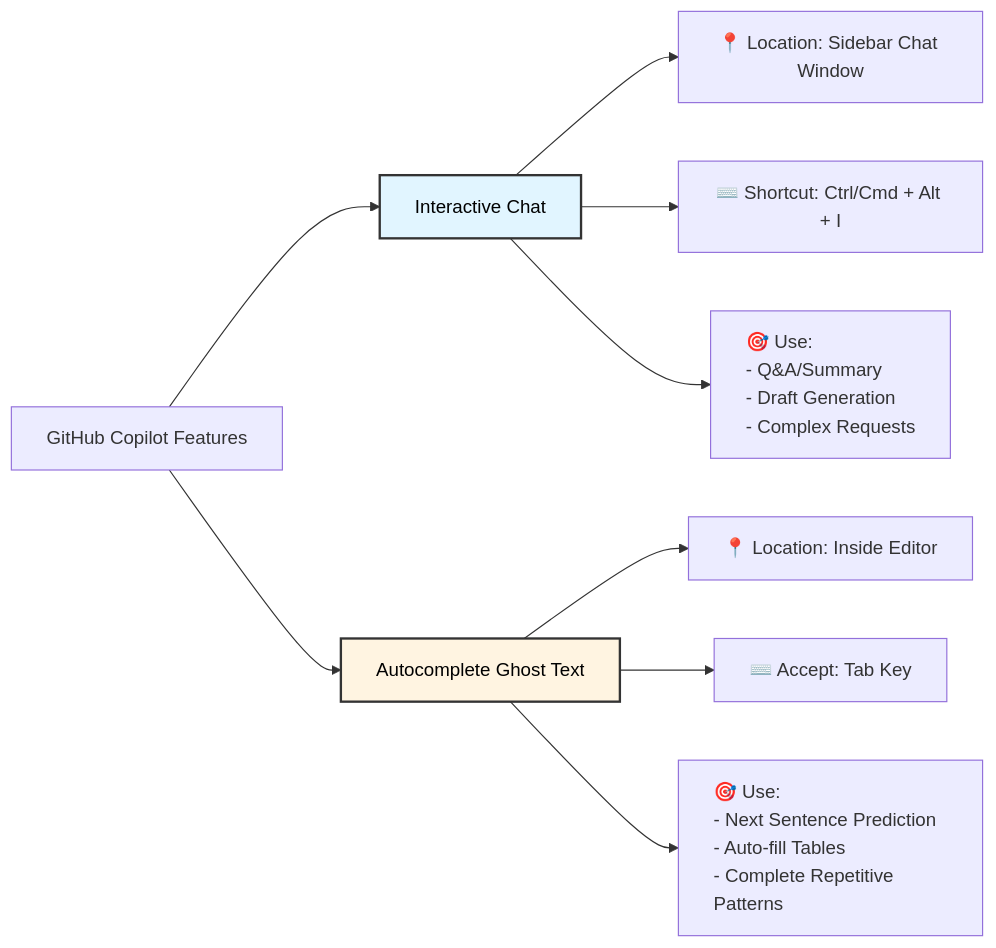
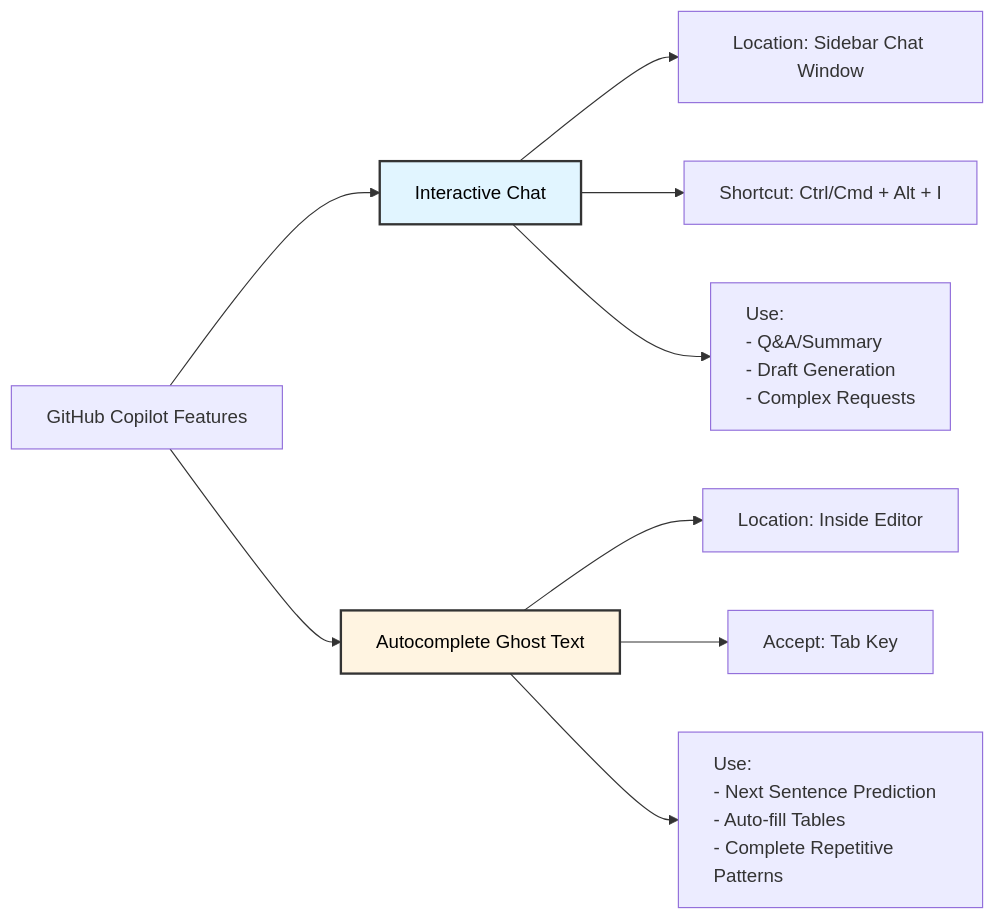
The eighth of 18 diagrams in docs/admin/en/index.md (seo-jinseok/GitHub-Copilot-Guide), drawn with Mermaid before and after one commit. The commit also changed other lines of this file and 7 other files, not shown here.

````diff
--- a/docs/admin/en/index.md
+++ b/docs/admin/en/index.md
@@ -480,18 +480,18 @@
 ```mermaid
 graph LR
     A[GitHub Copilot Features] --> B[Interactive Chat]
     A --> C[Autocomplete Ghost Text]
     
-    B --> B1["📍 Location: Sidebar Chat Window"]
-    B --> B2["⌨️ Shortcut: Ctrl/Cmd + Alt + I"]
-    B --> B3["🎯 Use:<br/>- Q&A/Summary<br/>- Draft Generation<br/>- Complex Requests"]
+    B --> B1["Location: Sidebar Chat Window"]
+    B --> B2["Shortcut: Ctrl/Cmd + Alt + I"]
+    B --> B3["Use:<br/>- Q&A/Summary<br/>- Draft Generation<br/>- Complex Requests"]
     
-    C --> C1["📍 Location: Inside Editor"]
-    C --> C2["⌨️ Accept: Tab Key"]
-    C --> C3["🎯 Use:<br/>- Next Sentence Prediction<br/>- Auto-fill Tables<br/>- Complete Repetitive Patterns"]
+    C --> C1["Location: Inside Editor"]
+    C --> C2["Accept: Tab Key"]
+    C --> C3["Use:<br/>- Next Sentence Prediction<br/>- Auto-fill Tables<br/>- Complete Repetitive Patterns"]
     
     style B fill:#e1f5ff,stroke:#333,stroke-width:2px,color:#000
     style C fill:#fff4e1,stroke:#333,stroke-width:2px,color:#000
     style B3 text-align:left
     style C3 text-align:left
 ```
````
